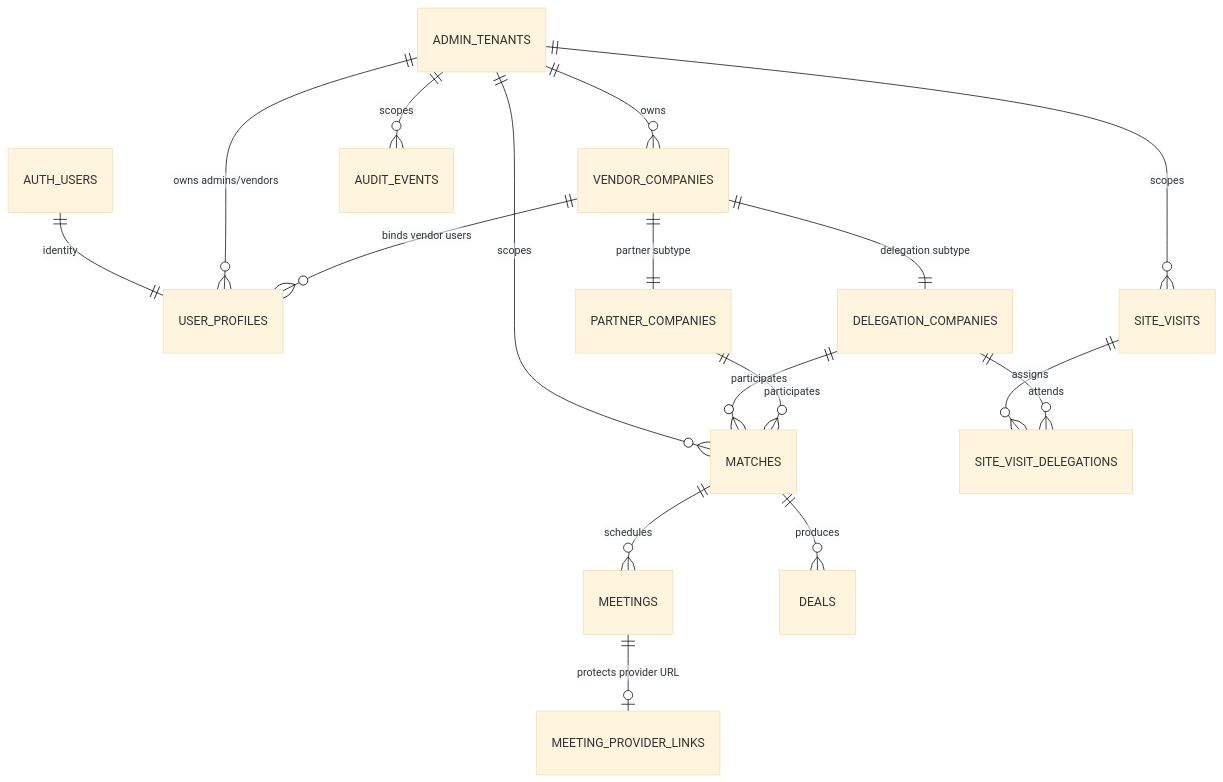
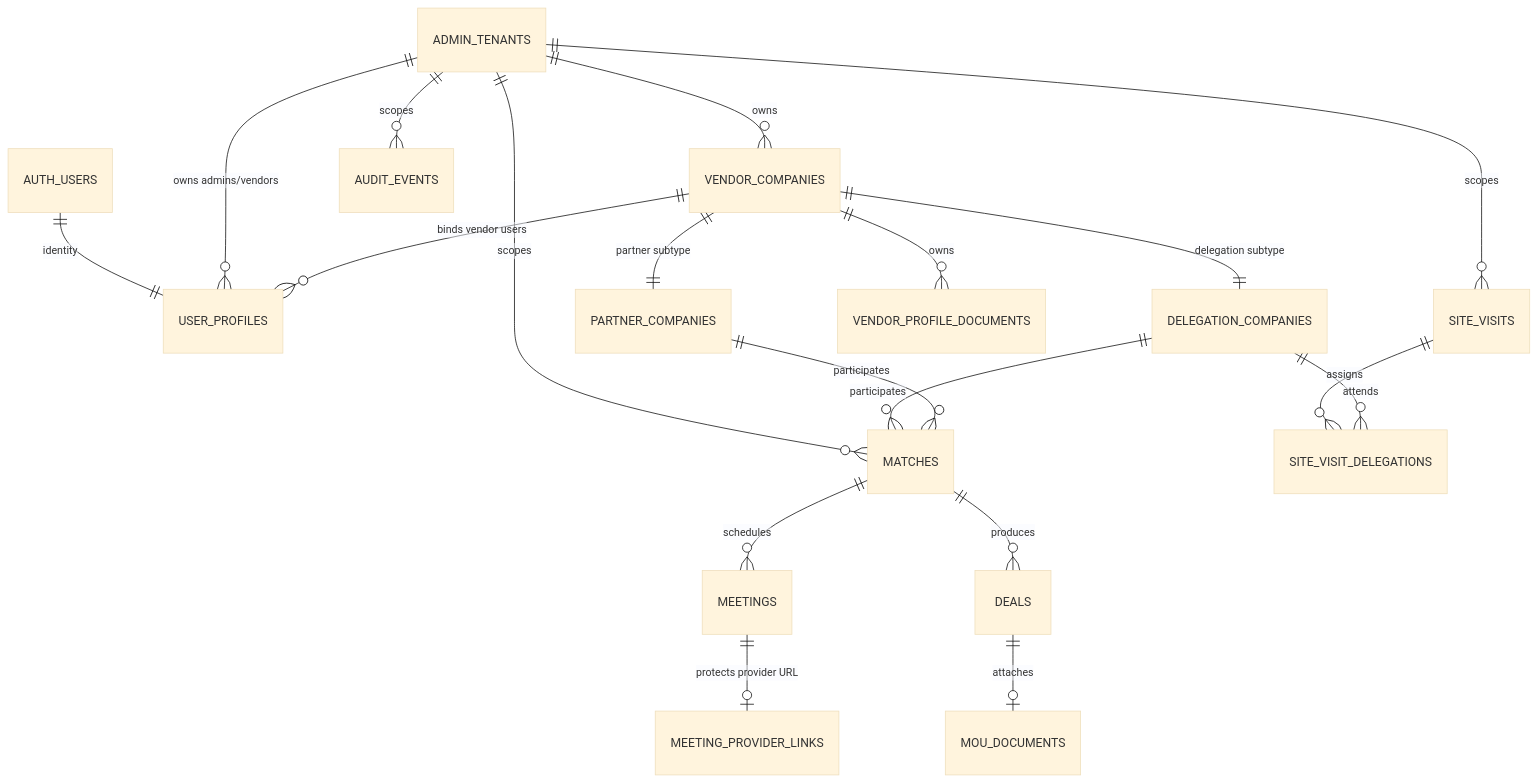
One commit to AGA-Ventures/plexus changed the diagram in docs/architecture/database-schema.md. Above: the diagram before and after it, drawn with Mermaid (base theme). The commit also changed other lines of this file and 75 other files, not shown here.

First line of the commit message:
Ship Admin MOU, manual meetings, and Vendor profile upgrades

````diff
--- a/docs/architecture/database-schema.md
+++ b/docs/architecture/database-schema.md
@@ -36,19 +33,21 @@
 ```mermaid
 erDiagram
     AUTH_USERS ||--|| USER_PROFILES : "identity"
     ADMIN_TENANTS ||--o{ USER_PROFILES : "owns admins/vendors"
     ADMIN_TENANTS ||--o{ VENDOR_COMPANIES : "owns"
     VENDOR_COMPANIES ||--|| DELEGATION_COMPANIES : "delegation subtype"
     VENDOR_COMPANIES ||--|| PARTNER_COMPANIES : "partner subtype"
     VENDOR_COMPANIES ||--o{ USER_PROFILES : "binds vendor users"
+    VENDOR_COMPANIES ||--o{ VENDOR_PROFILE_DOCUMENTS : "owns"
     ADMIN_TENANTS ||--o{ MATCHES : "scopes"
     DELEGATION_COMPANIES ||--o{ MATCHES : "participates"
     PARTNER_COMPANIES ||--o{ MATCHES : "participates"
     MATCHES ||--o{ MEETINGS : "schedules"
     MEETINGS ||--o| MEETING_PROVIDER_LINKS : "protects provider URL"
     MATCHES ||--o{ DEALS : "produces"
+    DEALS ||--o| MOU_DOCUMENTS : "attaches"
     ADMIN_TENANTS ||--o{ SITE_VISITS : "scopes"
     SITE_VISITS ||--o{ SITE_VISIT_DELEGATIONS : "assigns"
     DELEGATION_COMPANIES ||--o{ SITE_VISIT_DELEGATIONS : "attends"
     ADMIN_TENANTS ||--o{ AUDIT_EVENTS : "scopes"
 ```
````
